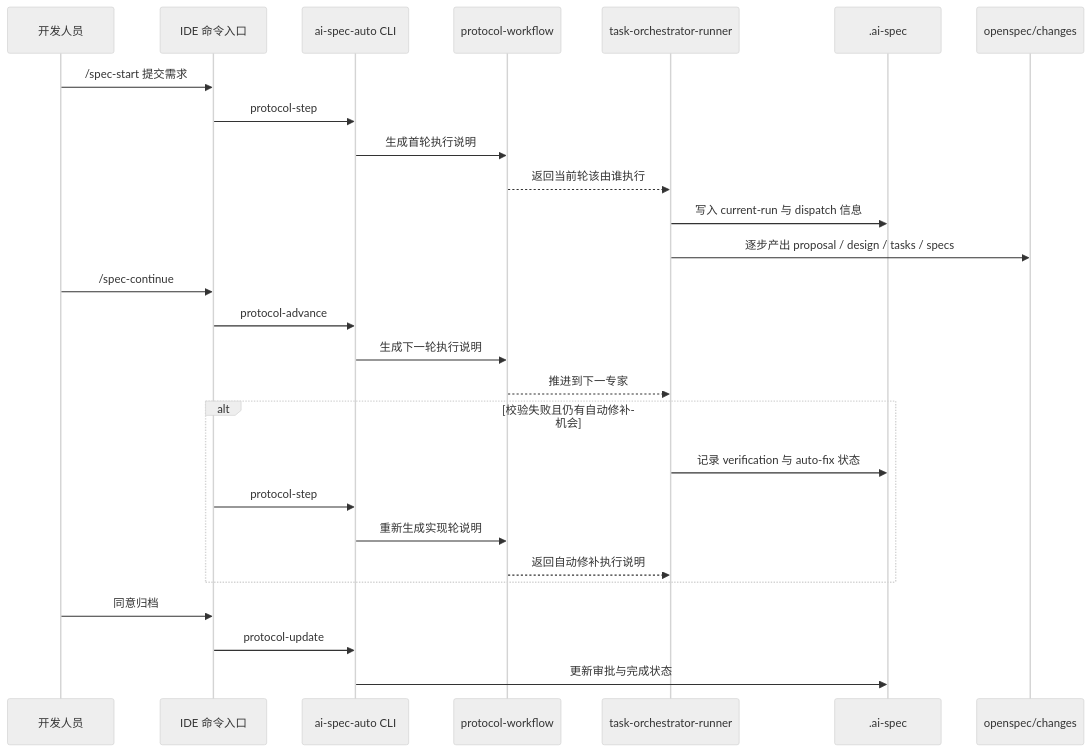
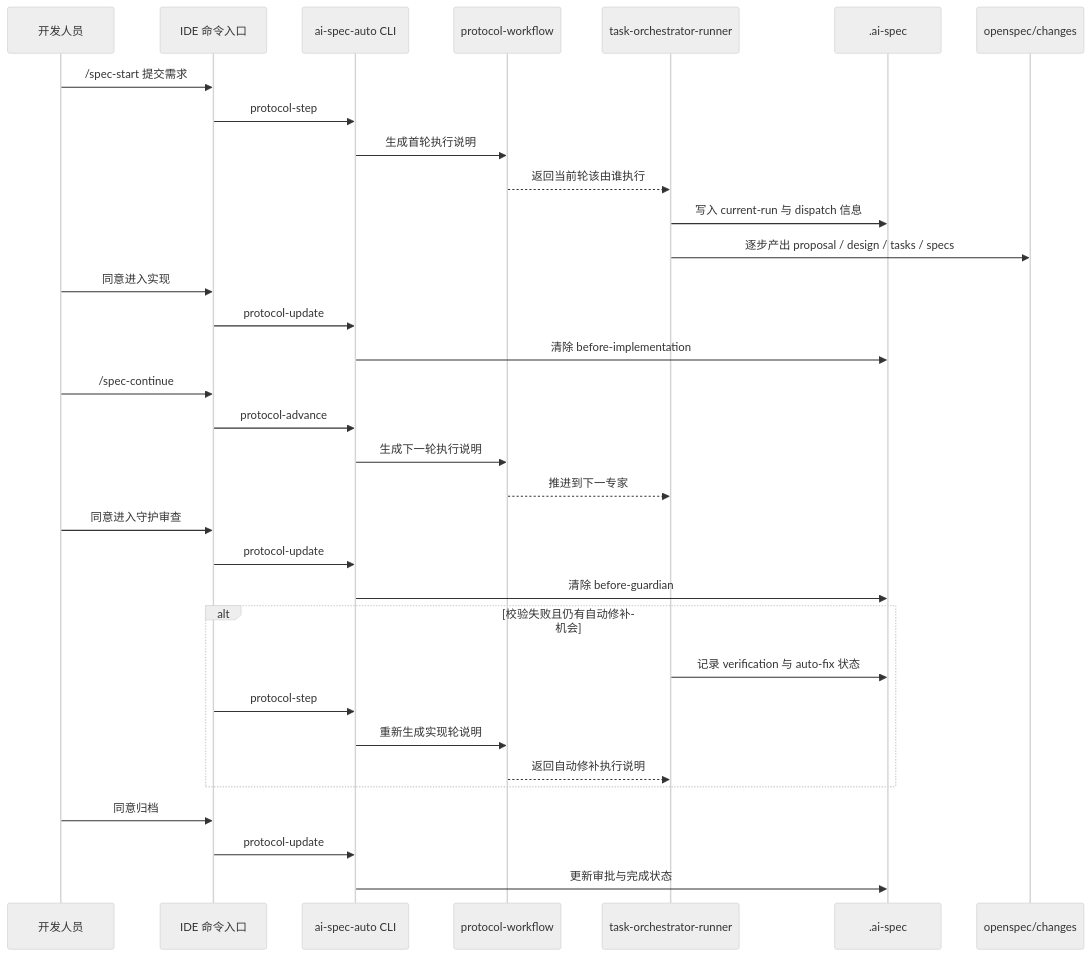
One commit to Colouful/br-ai-spec changed the second of 2 diagrams in docs/four/架构设计与治理说明.md. Above: the diagram before and after it, drawn with Mermaid (neutral theme). The commit also changed other lines of this file and 34 other files, not shown here.

````diff
--- a/docs/four/架构设计与治理说明.md
+++ b/docs/four/架构设计与治理说明.md
@@ -126,33 +155,41 @@
 ```mermaid
 sequenceDiagram
     participant Dev as 开发人员
     participant IDE as IDE 命令入口
     participant CLI as ai-spec-auto CLI
     participant Flow as protocol-workflow
     participant Runner as task-orchestrator-runner
     participant State as .ai-spec
     participant Change as openspec/changes
 
     Dev->>IDE: /spec-start 提交需求
     IDE->>CLI: protocol-step
     CLI->>Flow: 生成首轮执行说明
     Flow-->>Runner: 返回当前轮该由谁执行
     Runner->>State: 写入 current-run 与 dispatch 信息
     Runner->>Change: 逐步产出 proposal / design / tasks / specs
 
+    Dev->>IDE: 同意进入实现
+    IDE->>CLI: protocol-update
+    CLI->>State: 清除 before-implementation
+
     Dev->>IDE: /spec-continue
     IDE->>CLI: protocol-advance
     CLI->>Flow: 生成下一轮执行说明
     Flow-->>Runner: 推进到下一专家
+
+    Dev->>IDE: 同意进入守护审查
+    IDE->>CLI: protocol-update
+    CLI->>State: 清除 before-guardian
 
     alt 校验失败且仍有自动修补机会
         Runner->>State: 记录 verification 与 auto-fix 状态
         IDE->>CLI: protocol-step
         CLI->>Flow: 重新生成实现轮说明
         Flow-->>Runner: 返回自动修补执行说明
     end
 
     Dev->>IDE: 同意归档
     IDE->>CLI: protocol-update
     CLI->>State: 更新审批与完成状态
 ```
````
